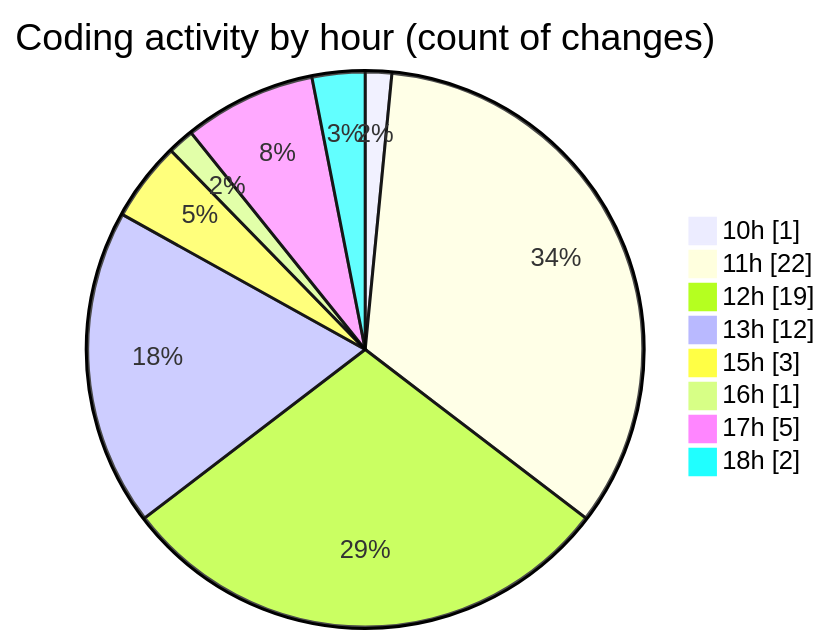
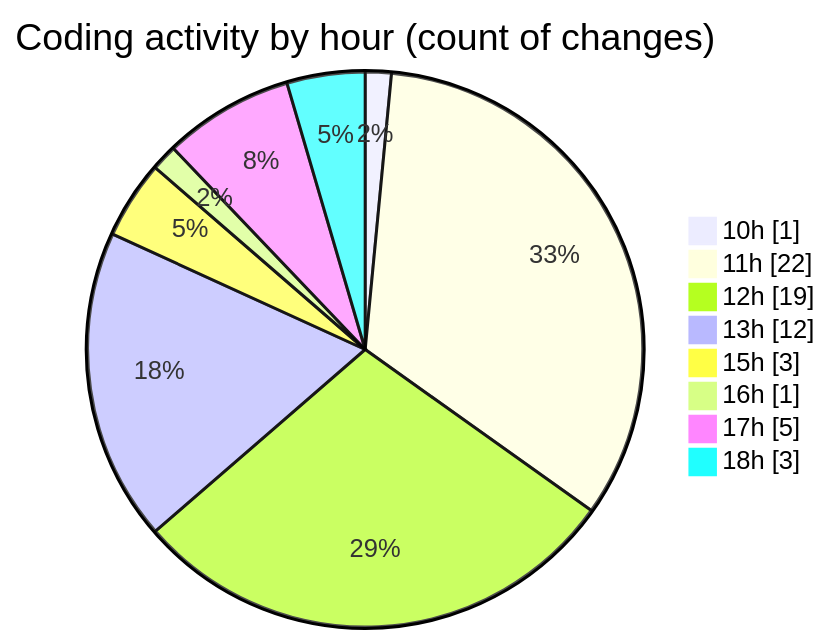
The second of 2 diagrams in 2026-03-30/nxtqube_webapp/README.md (nxtqubesakshisongat/code-tracking), drawn with Mermaid before and after one commit. The commit also changed other lines of this file and 1 other file, not shown here.

````diff
--- a/2026-03-30/nxtqube_webapp/README.md
+++ b/2026-03-30/nxtqube_webapp/README.md
@@ -35,12 +36,12 @@
 ```mermaid
 pie showData
 title Coding activity by hour (count of changes)
 "10h" : 1
 "11h" : 22
 "12h" : 19
 "13h" : 12
 "15h" : 3
 "16h" : 1
 "17h" : 5
-"18h" : 2
+"18h" : 3
 ```
````
